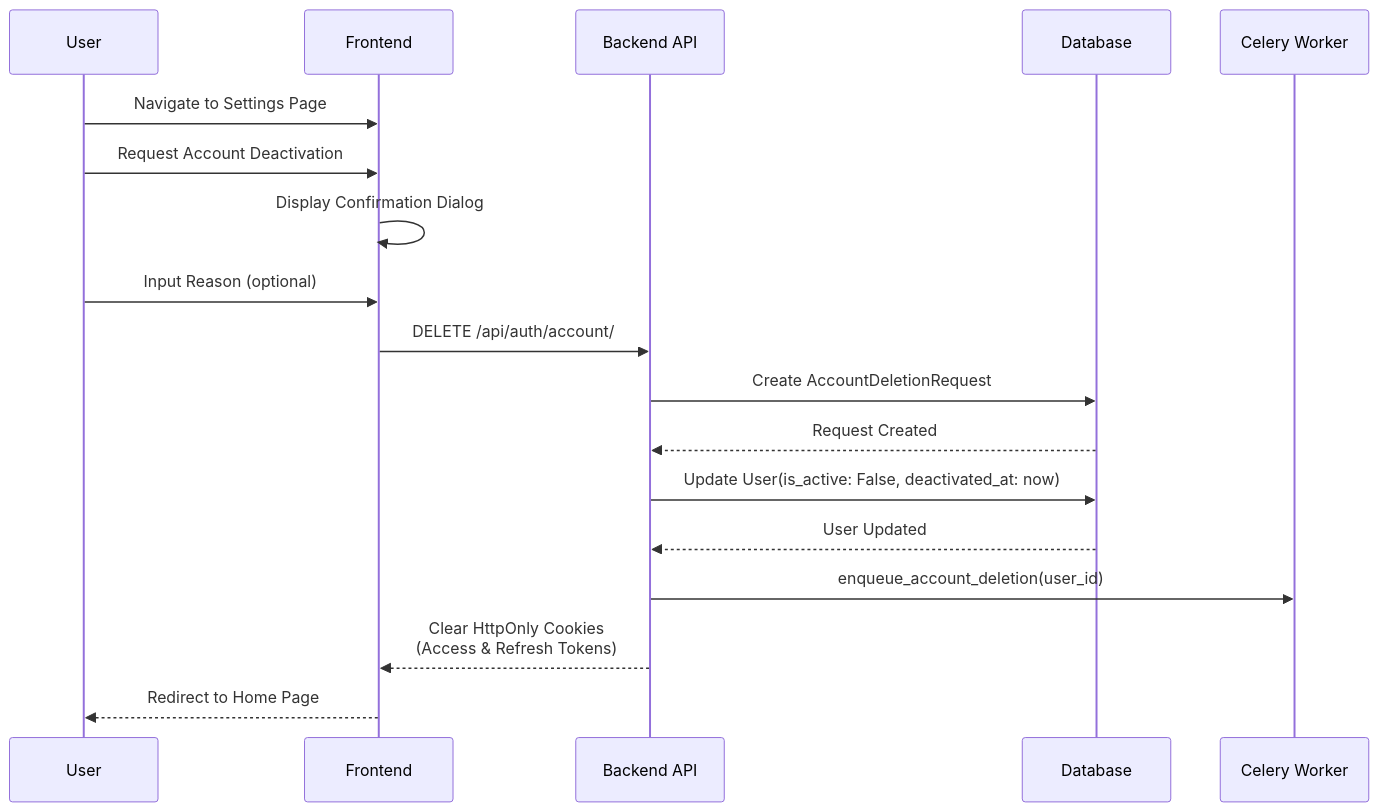
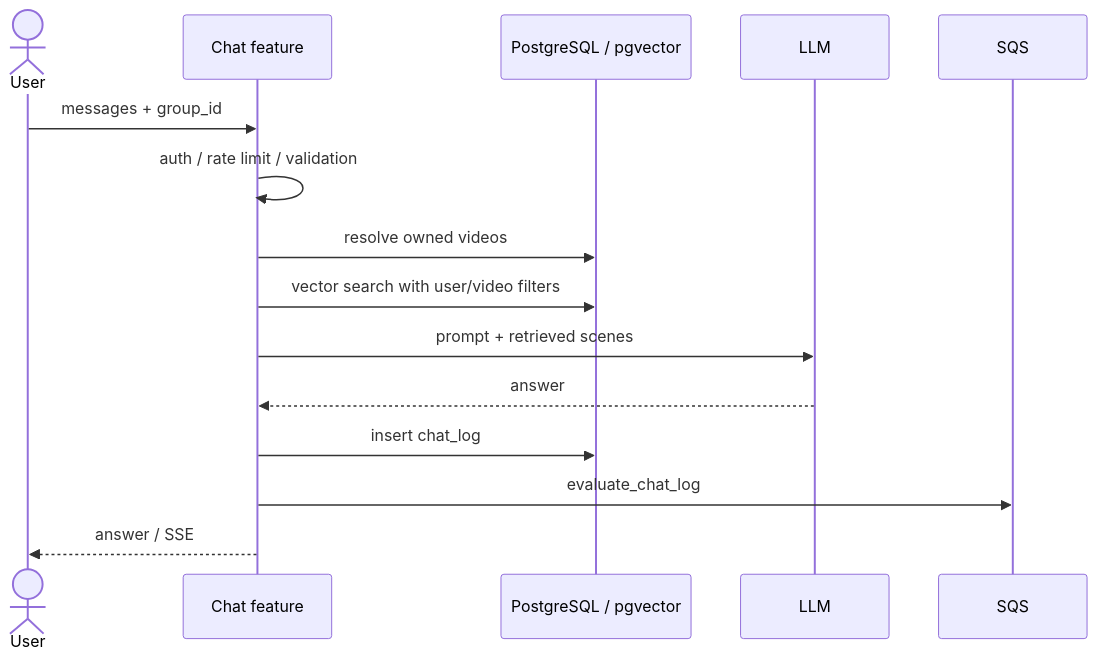
One commit to yukiharada1228/videoq changed the third of 3 diagrams in docs/design/sequence-diagram.md. Above: the diagram before and after it, drawn with Mermaid. The commit also changed other lines of this file and 844 other files, not shown here.

````diff
--- a/docs/design/sequence-diagram.md
+++ b/docs/design/sequence-diagram.md
@@ -299,21 +47,18 @@
 ```mermaid
 sequenceDiagram
-    participant User as User
-    participant Frontend as Frontend
-    participant Backend as Backend API
-    participant DB as Database
-    participant Celery as Celery Worker
+    actor User
+    participant API as Chat feature
+    participant DB as PostgreSQL / pgvector
+    participant LLM
+    participant SQS
 
-    User->>Frontend: Navigate to Settings Page
-    User->>Frontend: Request Account Deactivation
-    Frontend->>Frontend: Display Confirmation Dialog
-    User->>Frontend: Input Reason (optional)
-    Frontend->>Backend: DELETE /api/auth/account/
-    Backend->>DB: Create AccountDeletionRequest
-    DB-->>Backend: Request Created
-    Backend->>DB: Update User(is_active: False, deactivated_at: now)
-    DB-->>Backend: User Updated
-    Backend->>Celery: enqueue_account_deletion(user_id)
-    Backend-->>Frontend: Clear HttpOnly Cookies<br/>(Access & Refresh Tokens)
-    Frontend-->>User: Redirect to Home Page
+    User->>API: messages + group_id
+    API->>API: auth / rate limit / validation
+    API->>DB: resolve owned videos
+    API->>DB: vector search with user/video filters
+    API->>LLM: prompt + retrieved scenes
+    LLM-->>API: answer
+    API->>DB: insert chat_log
+    API->>SQS: evaluate_chat_log
+    API-->>User: answer / SSE
 ```
````
